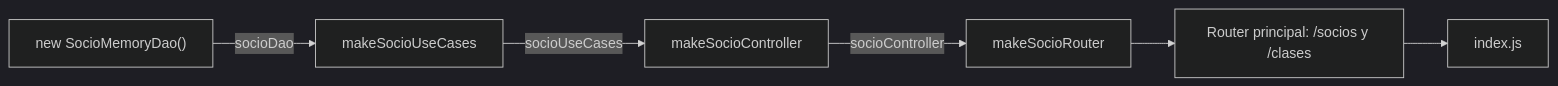
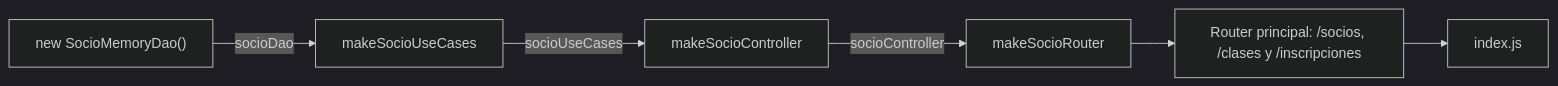
One commit to SolVaccaro93/TP2-TRABAJO-FINAL changed the second of 2 diagrams in docs/arquitectura.md. Above: the diagram before and after it, drawn with Mermaid (dark theme). The commit also changed other lines of this file and 1 other file, not shown here.

Commit message:
test: agrega pruebas de integración para inscripciones

````diff
--- a/docs/arquitectura.md
+++ b/docs/arquitectura.md
@@ -58,14 +58,14 @@
 ```mermaid
 flowchart LR
     dao["new SocioMemoryDao()"]
     usecases["makeSocioUseCases"]
     controller["makeSocioController"]
     router["makeSocioRouter"]
-    principal["Router principal: /socios y /clases"]
+    principal["Router principal: /socios, /clases y /inscripciones"]
     index["index.js"]
 
     dao -- "socioDao" --> usecases
     usecases -- "socioUseCases" --> controller
     controller -- "socioController" --> router
     router --> principal --> index
 ```
````
